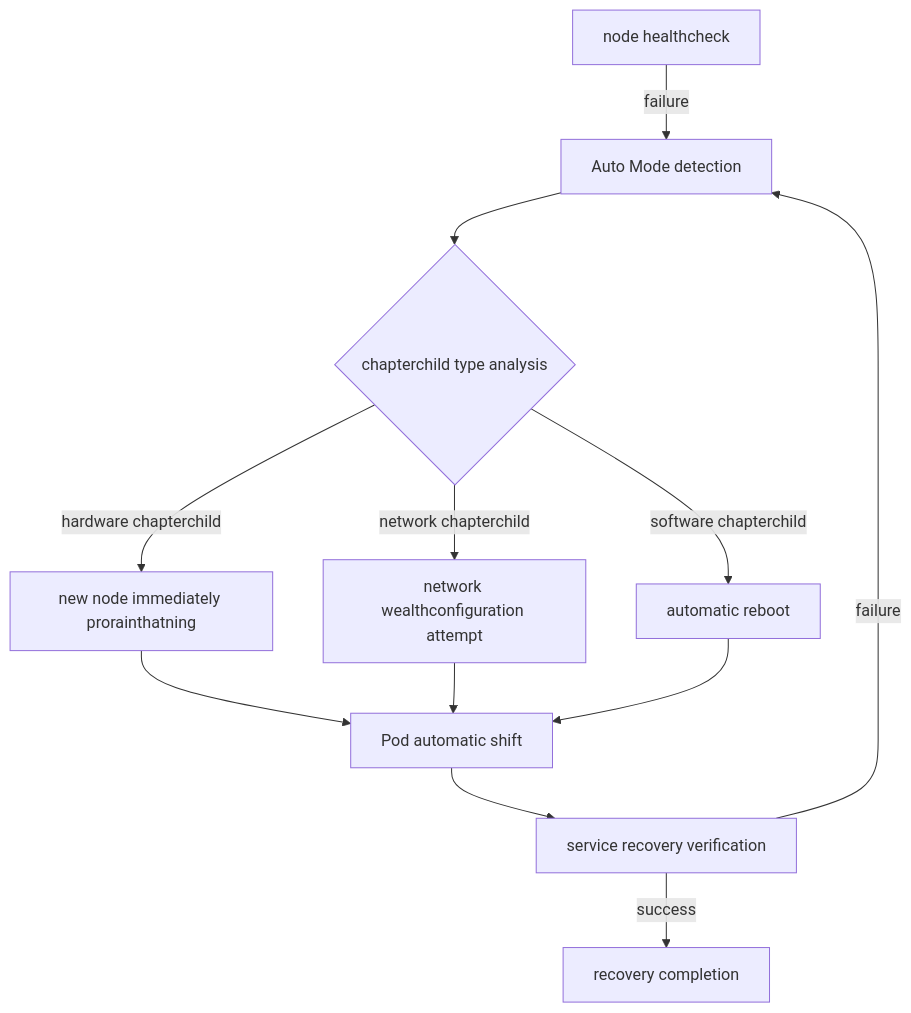
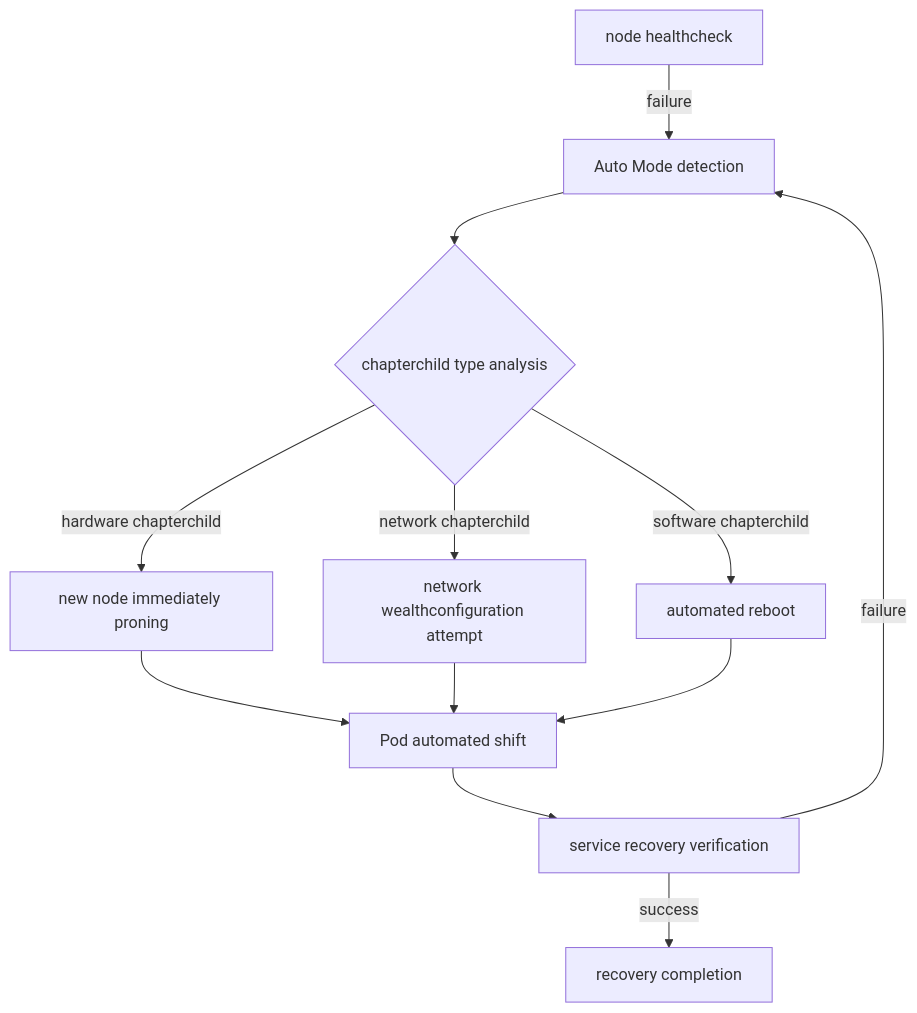
Before and after one commit to devfloor9/engineering-playbook: the first of 13 diagrams in i18n/en/docusaurus-plugin-content-docs/current/aiops-aidlc/aiops-predictive-operations.md, drawn with Mermaid. The commit also changed other lines of this file, not shown here.

````diff
--- a/i18n/en/docusaurus-plugin-content-docs/current/aiops-aidlc/aiops-predictive-operations.md
+++ b/i18n/en/docusaurus-plugin-content-docs/current/aiops-aidlc/aiops-predictive-operations.md
@@ -498,14 +498,13 @@
 ```mermaid
 graph TD
 A[node healthcheck] -->|failure| B[Auto Mode detection]
 B --> C{chapterchild type analysis}
-C -->|hardware chapterchild| D[new node immediately prorainthatning]
+C -->|hardware chapterchild| D[new node immediately proning]
 C -->|network chapterchild| E[network wealthconfiguration attempt]
-C -->|software chapterchild| F[automatic reboot]
-D --> G[Pod automatic shift]
+C -->|software chapterchild| F[automated reboot]
+D --> G[Pod automated shift]
 E --> G
-F --> G
-G --> H[service recovery verification]
+F --> G --> H[service recovery verification]
 H -->|failure| B
 H -->|success| I[recovery completion]
 ```
````
